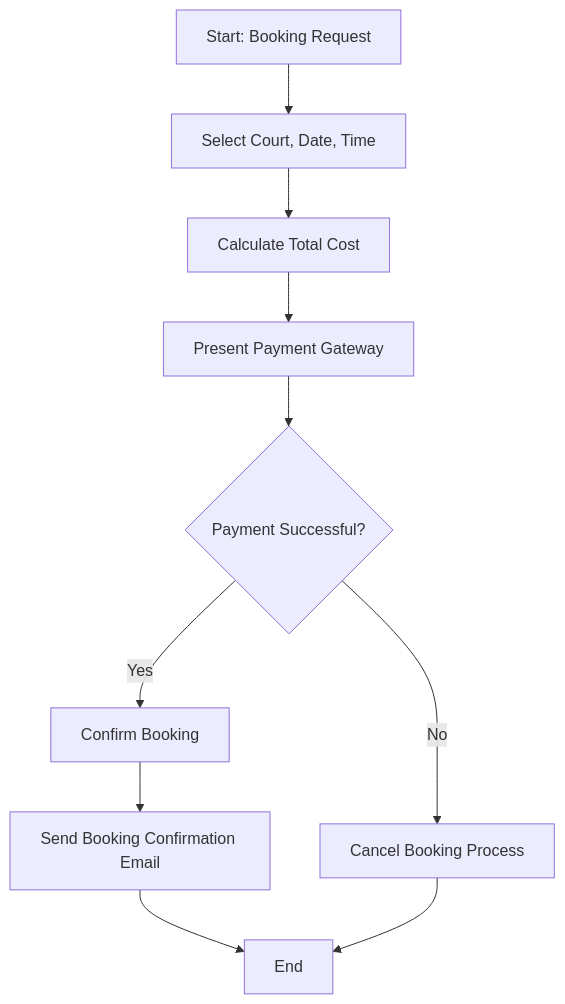
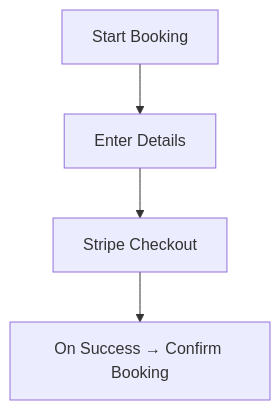
Before and after one commit to DouglasVDM/court-booking-pwa: the fourth of 4 diagrams in README.md, drawn with Mermaid. The commit also changed other lines of this file, not shown here.

````diff
--- a/README.md
+++ b/README.md
@@ -164,12 +134,6 @@
 ```mermaid
 graph TD
-    A[Start: Booking Request] --> B[Select Court, Date, Time]
-    B --> C[Calculate Total Cost]
-    C --> D[Present Payment Gateway]
-    D --> E{Payment Successful?}
-    E -- Yes --> F[Confirm Booking]
-    F --> G[Send Booking Confirmation Email]
-    E -- No --> Z[Cancel Booking Process]
-    G --> H[End]
-    Z --> H
+  A[Start Booking] --> B[Enter Details]
+  B --> C[Stripe Checkout]
+  C --> D[On Success → Confirm Booking]
 ```
````
